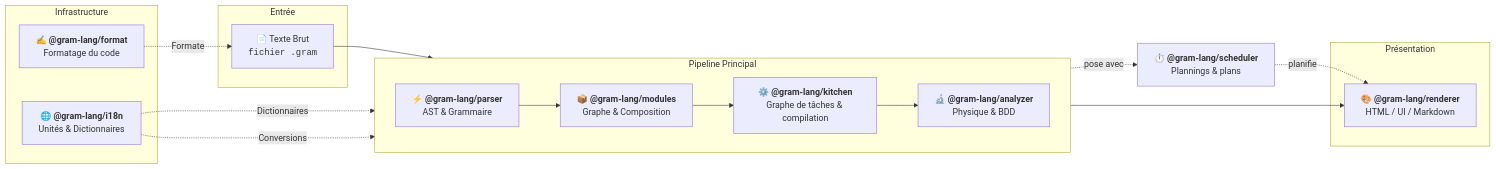
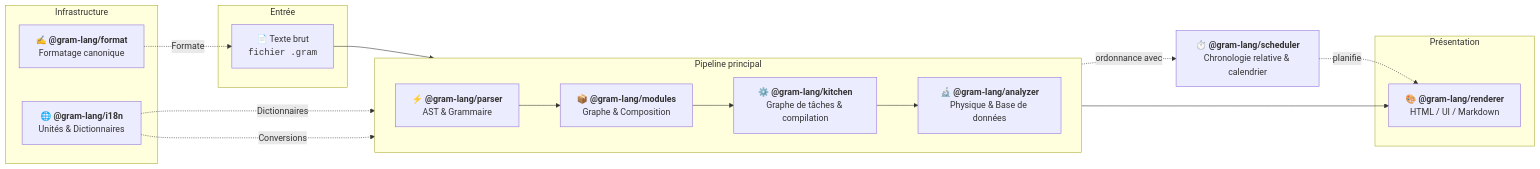
Before and after one commit to gram-lang/gram: the diagram in packages/docs/src/content/docs/fr/docs/explanation/engine/lifecycle.mdx, drawn with Mermaid. The commit also changed other lines of this file and 126 other files, not shown here.

````diff
--- a/packages/docs/src/content/docs/fr/docs/explanation/engine/lifecycle.mdx
+++ b/packages/docs/src/content/docs/fr/docs/explanation/engine/lifecycle.mdx
@@ -62,35 +66,35 @@
 ```mermaid
 flowchart LR
     subgraph Input ["Entrée"]
-        Raw["📄 Texte Brut<br/><code>fichier .gram</code>"]
+        Raw["📄 Texte brut<br/><code>fichier .gram</code>"]
     end
 
-    subgraph Pipeline ["Pipeline Principal"]
+    subgraph Pipeline ["Pipeline principal"]
         direction LR
         Parser["⚡ <b>@gram-lang/parser</b><br/>AST & Grammaire"]
         Modules["📦 <b>@gram-lang/modules</b><br/>Graphe & Composition"]
         Kitchen["⚙️ <b>@gram-lang/kitchen</b><br/>Graphe de tâches & compilation"]
-        Analyzer["🔬 <b>@gram-lang/analyzer</b><br/>Physique & BDD"]
+        Analyzer["🔬 <b>@gram-lang/analyzer</b><br/>Physique & Base de données"]
 
         Parser --> Modules --> Kitchen --> Analyzer
     end
 
-    Scheduler["⏱️ <b>@gram-lang/scheduler</b><br/>Plannings & plans"]
-    Kitchen -. pose avec .-> Scheduler
+    Scheduler["⏱️ <b>@gram-lang/scheduler</b><br/>Chronologie relative & calendrier"]
+    Kitchen -. ordonnance avec .-> Scheduler
 
     subgraph Output ["Présentation"]
         Renderer["🎨 <b>@gram-lang/renderer</b><br/>HTML / UI / Markdown"]
     end
 
     subgraph Infra ["Infrastructure"]
-        Format["✍️ <b>@gram-lang/format</b><br/>Formatage du code"]
+        Format["✍️ <b>@gram-lang/format</b><br/>Formatage canonique"]
         I18n["🌐 <b>@gram-lang/i18n</b><br/>Unités & Dictionnaires"]
     end
 
     Raw --> Parser
     Analyzer --> Renderer
     Scheduler -. planifie .-> Renderer
     Format -. Formate .-> Raw
     I18n -. Dictionnaires .-> Kitchen
     I18n -. Conversions .-> Analyzer
 ```
````
